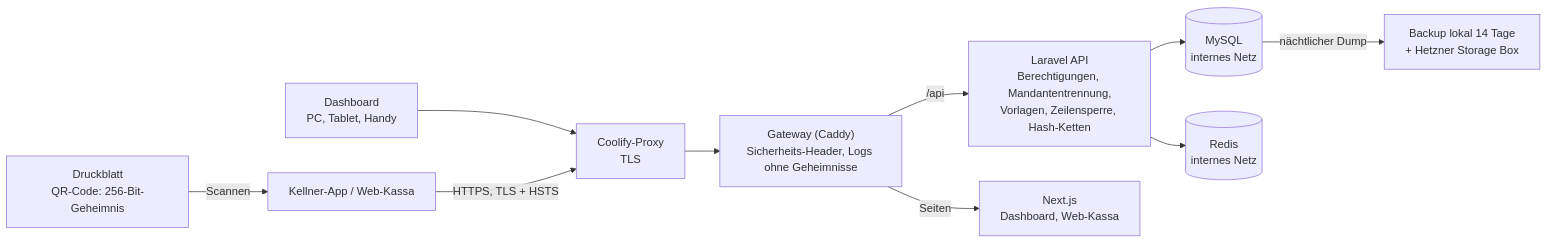
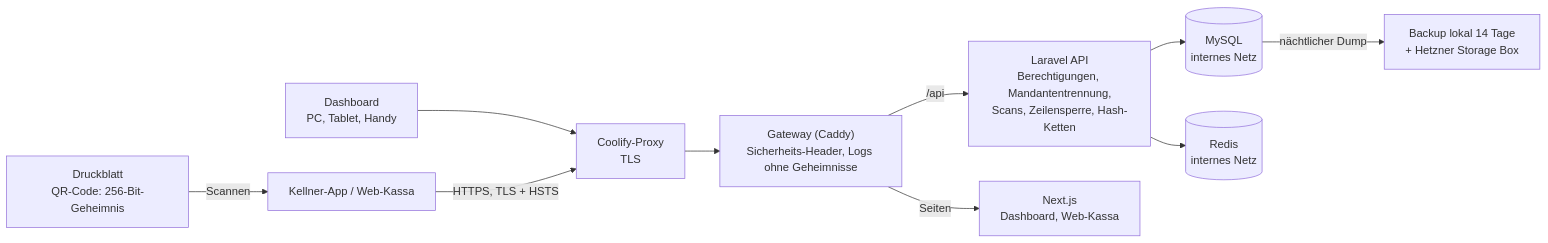
One commit to morganndesign/nfc-gutscheine changed the diagram in docs/de/07-security/security-whitepaper.md. Above: the diagram before and after it, drawn with Mermaid. The commit also changed other lines of this file and 56 other files, not shown here.

````diff
--- a/docs/de/07-security/security-whitepaper.md
+++ b/docs/de/07-security/security-whitepaper.md
@@ -53,12 +53,12 @@
 ```mermaid
 flowchart LR
     QR["Druckblatt<br/>QR-Code: 256-Bit-Geheimnis"] -->|Scannen| Handy["Kellner-App / Web-Kassa"]
     PC["Dashboard<br/>PC, Tablet, Handy"] --> Proxy
     Handy -->|HTTPS, TLS + HSTS| Proxy["Coolify-Proxy<br/>TLS"]
     Proxy --> GW["Gateway (Caddy)<br/>Sicherheits-Header, Logs ohne Geheimnisse"]
-    GW -->|/api| API["Laravel API<br/>Berechtigungen, Mandantentrennung,<br/>Vorlagen, Zeilensperre, Hash-Ketten"]
+    GW -->|/api| API["Laravel API<br/>Berechtigungen, Mandantentrennung,<br/>Scans, Zeilensperre, Hash-Ketten"]
     GW -->|Seiten| Web["Next.js<br/>Dashboard, Web-Kassa"]
     API --> DB[("MySQL<br/>internes Netz")]
     API --> Redis[("Redis<br/>internes Netz")]
     DB -->|nächtlicher Dump| Backup["Backup lokal 14 Tage<br/>+ Hetzner Storage Box"]
 ```
````
